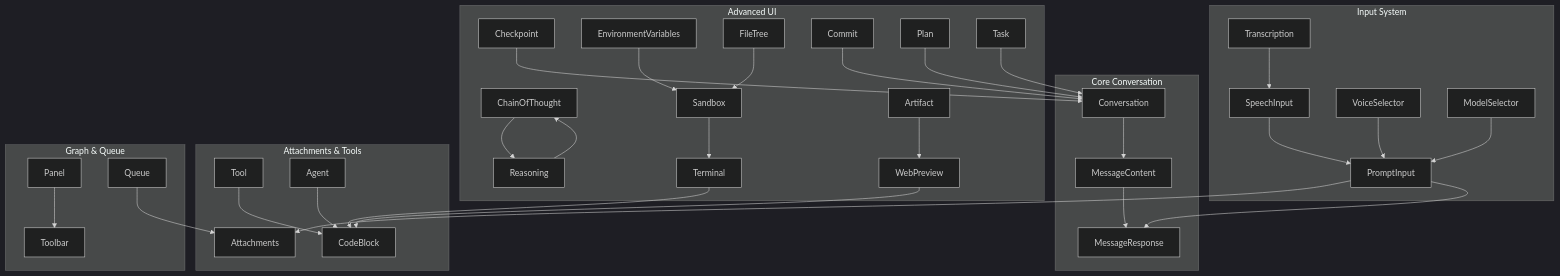
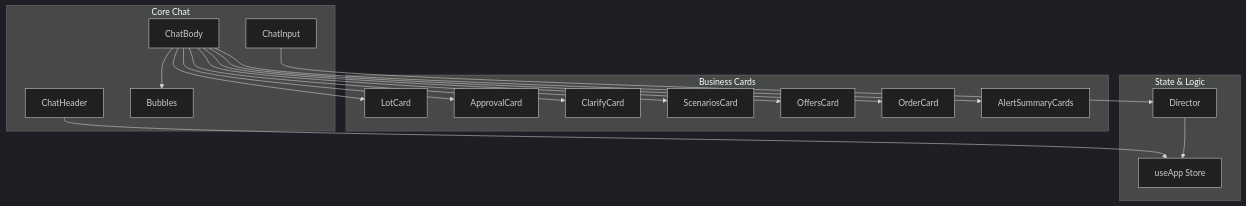
One commit to MudassarAbrar/FreshRoute-Ai changed the first of 4 diagrams in .qoder/repowiki/en/content/AI Integration/AI Elements Interface.md. Above: the diagram before and after it, drawn with Mermaid (dark theme). The commit also changed other lines of this file and 10 other files, not shown here.

````diff
--- a/.qoder/repowiki/en/content/AI Integration/AI Elements Interface.md
+++ b/.qoder/repowiki/en/content/AI Integration/AI Elements Interface.md
@@ -78,64 +45,33 @@
 ```mermaid
 graph TB
-subgraph "Core Conversation"
-C["Conversation"]
-MC["MessageContent"]
-MR["MessageResponse"]
+subgraph "Core Chat"
+CB["ChatBody"]
+CI["ChatInput"]
+CH["ChatHeader"]
+BUB["Bubbles"]
 end
-subgraph "Input System"
-PI["PromptInput"]
-SI["SpeechInput"]
-VS["VoiceSelector"]
-MS["ModelSelector"]
-TR["Transcription"]
+subgraph "Business Cards"
+LC["LotCard"]
+AC["ApprovalCard"]
+CC["ClarifyCard"]
+SC["ScenariosCard"]
+OC["OffersCard"]
+ORC["OrderCard"]
+ASC["AlertSummaryCards"]
 end
-subgraph "Advanced UI"
-TERM["Terminal"]
-WP["WebPreview"]
-CT["ChainOfThought"]
-CK["Checkpoint"]
-EV["EnvironmentVariables"]
-SB["Sandbox"]
-FT["FileTree"]
-REASON["Reasoning"]
-ART["Artifact"]
-COMMIT["Commit"]
-PLAN["Plan"]
-TASK["Task"]
+subgraph "State & Logic"
+DIR["Director"]
+STORE["useApp Store"]
 end
-subgraph "Attachments & Tools"
-ATT["Attachments"]
-TOOL["Tool"]
-AGENT["Agent"]
-CB["CodeBlock"]
-end
-subgraph "Graph & Queue"
-PNL["Panel"]
-TLR["Toolbar"]
-Q["Queue"]
-end
-PI --> ATT
-PI --> MR
-SI --> PI
-VS --> PI
-MS --> PI
-TR --> SI
-C --> MC
-MC --> MR
-TOOL --> CB
-AGENT --> CB
-TERM --> CB
-WP --> CB
-CT --> REASON
-CK --> C
-EV --> SB
-SB --> TERM
-FT --> SB
-REASON --> CT
-ART --> WP
-COMMIT --> C
-PLAN --> C
-TASK --> C
-PNL --> TLR
-Q --> ATT
+CB --> BUB
+CB --> LC
+CB --> AC
+CB --> CC
+CB --> SC
+CB --> OC
+CB --> ORC
+CB --> ASC
+CI --> DIR
+CH --> STORE
+DIR --> STORE
 ```
````
